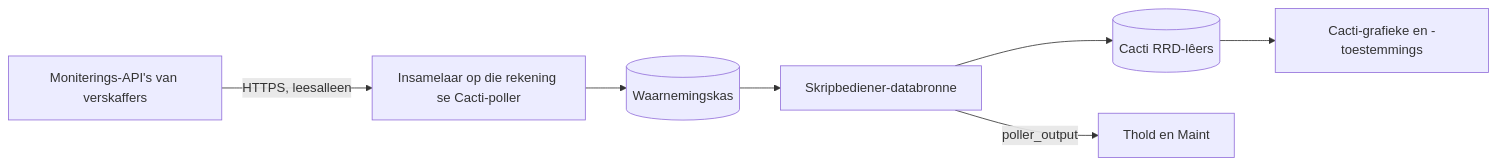
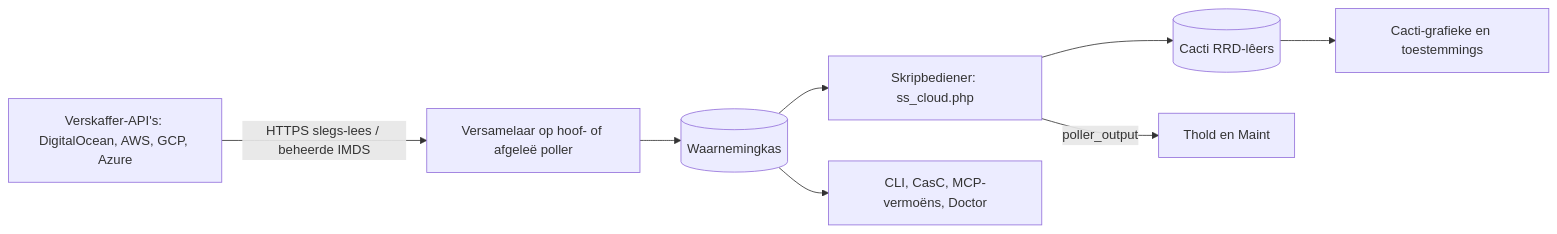
The diagram in docs/i18n/af-ZA/README.md (somethingwithproof/plugin_cloud), drawn with Mermaid before and after one commit. The commit also changed other lines of this file and 48 other files, not shown here.

First line of the commit message:
docs(readme): document AWS, GCP, Azure drivers, remote collectors, and ecosystem hooks

````diff
--- a/docs/i18n/af-ZA/README.md
+++ b/docs/i18n/af-ZA/README.md
@@ -110,9 +148,10 @@
 ```mermaid
 flowchart LR
-    API["Moniterings-API's van verskaffers"] -->|HTTPS, leesalleen| C[Insamelaar op die rekening se Cacti-poller]
-    C --> O[(Waarnemingskas)]
-    O --> SS[Skripbediener-databronne]
+    API["Verskaffer-API's: DigitalOcean, AWS, GCP, Azure"] -->|HTTPS slegs-lees / beheerde IMDS| C["Versamelaar op hoof- of afgeleë poller"]
+    C --> O[(Waarnemingkas)]
+    O --> SS["Skripbediener: ss_cloud.php"]
     SS --> RRD[(Cacti RRD-lêers)]
     SS -->|poller_output| T[Thold en Maint]
-    RRD --> G[Cacti-grafieke en -toestemmings]
+    RRD --> G[Cacti-grafieke en toestemmings]
+    O --> ECO["CLI, CasC, MCP-vermoëns, Doctor"]
 ```
````
